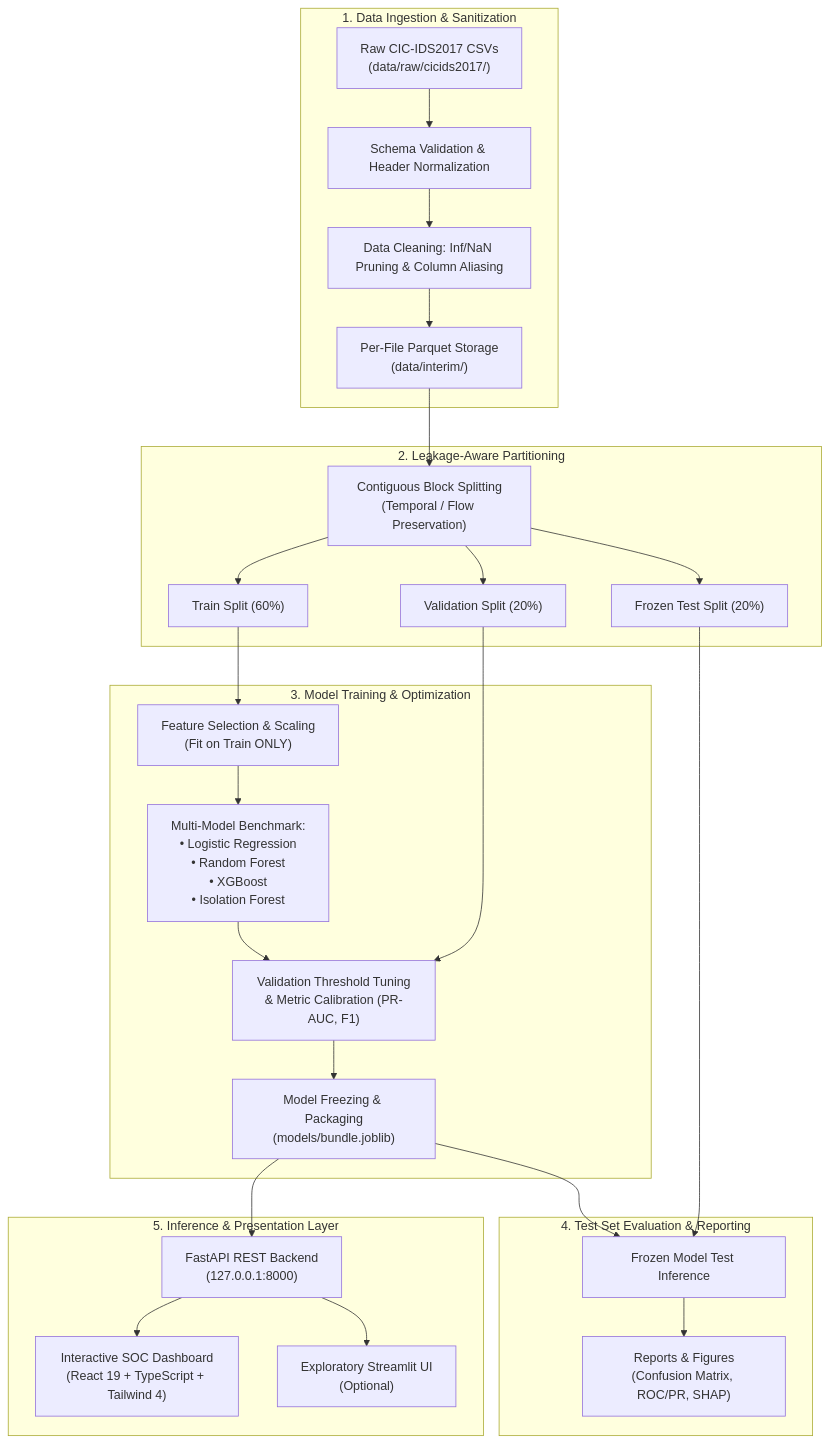
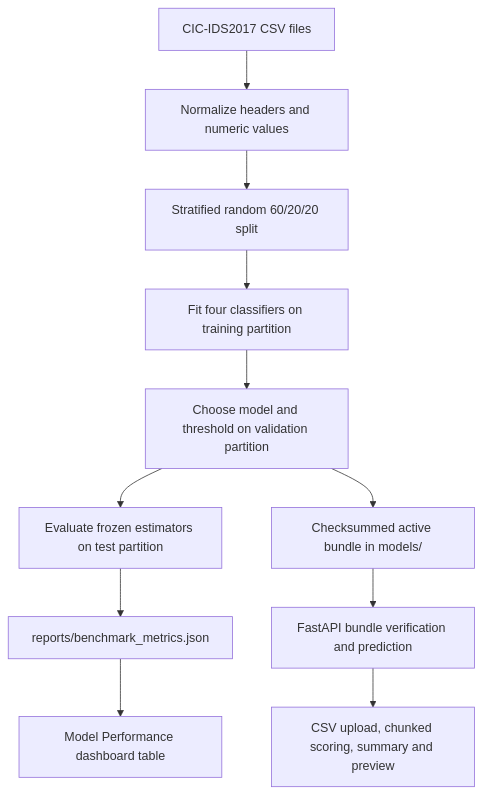
One commit to Ishaan2504/ML-Based-NIDS changed the diagram in docs/ARCHITECTURE.md. Above: the diagram before and after it, drawn with Mermaid. The commit also changed other lines of this file and 24 other files, not shown here.

Commit message:
Implement NIDS model backend and dashboard integration

````diff
--- a/docs/ARCHITECTURE.md
+++ b/docs/ARCHITECTURE.md
@@ -7,35 +5,13 @@
 ```mermaid
 flowchart TD
-    subgraph Data_Ingestion["1. Data Ingestion & Sanitization"]
-        A["Raw CIC-IDS2017 CSVs\n(data/raw/cicids2017/)"] --> B["Schema Validation & Header Normalization"]
-        B --> C["Data Cleaning: Inf/NaN Pruning & Column Aliasing"]
-        C --> D["Per-File Parquet Storage\n(data/interim/)"]
-    end
-
-    subgraph Data_Splitting["2. Leakage-Aware Partitioning"]
-        D --> E["Contiguous Block Splitting\n(Temporal / Flow Preservation)"]
-        E --> F["Train Split (60%)"]
-        E --> G["Validation Split (20%)"]
-        E --> H["Frozen Test Split (20%)"]
-    end
-
-    subgraph Modeling["3. Model Training & Optimization"]
-        F --> I["Feature Selection & Scaling\n(Fit on Train ONLY)"]
-        I --> J["Multi-Model Benchmark:\n• Logistic Regression\n• Random Forest\n• XGBoost\n• Isolation Forest"]
-        G --> K["Validation Threshold Tuning\n& Metric Calibration (PR-AUC, F1)"]
-        J --> K
-        K --> L["Model Freezing & Packaging\n(models/bundle.joblib)"]
-    end
-
-    subgraph Evaluation["4. Test Set Evaluation & Reporting"]
-        H --> M["Frozen Model Test Inference"]
-        L --> M
-        M --> N["Reports & Figures\n(Confusion Matrix, ROC/PR, SHAP)"]
-    end
-
-    subgraph Serving["5. Inference & Presentation Layer"]
-        L --> O["FastAPI REST Backend\n(127.0.0.1:8000)"]
-        O --> P["Interactive SOC Dashboard\n(React 19 + TypeScript + Tailwind 4)"]
-        O --> Q["Exploratory Streamlit UI\n(Optional)"]
-    end
+    A["CIC-IDS2017 CSV files"] --> B["Normalize headers and numeric values"]
+    B --> C["Stratified random 60/20/20 split"]
+    C --> D["Fit four classifiers on training partition"]
+    D --> E["Choose model and threshold on validation partition"]
+    E --> F["Evaluate frozen estimators on test partition"]
+    E --> G["Checksummed active bundle in models/"]
+    F --> H["reports/benchmark_metrics.json"]
+    G --> I["FastAPI bundle verification and prediction"]
+    H --> J["Model Performance dashboard table"]
+    I --> K["CSV upload, chunked scoring, summary and preview"]
 ```
````
